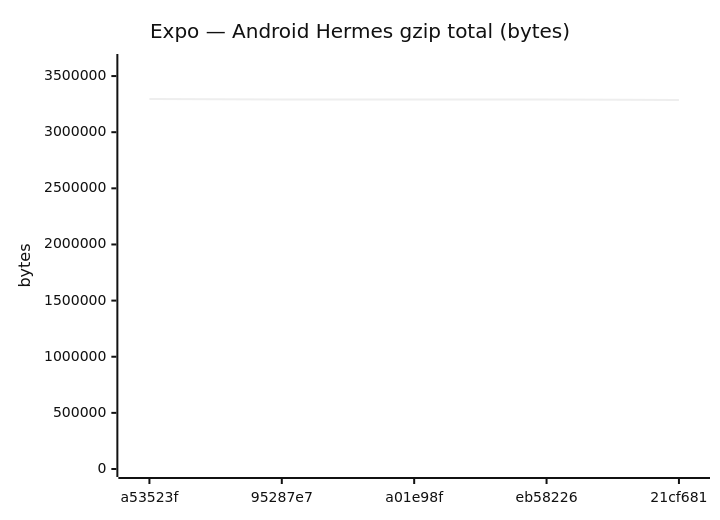
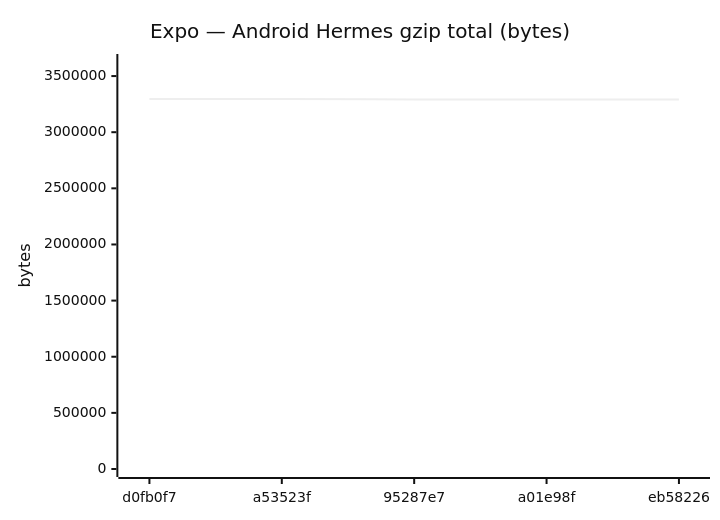
Diagram 11 of 18 in benchmarks/compare.md (Metaheurist/Rianell), drawn with Mermaid (neutral theme) before and after one commit. The commit also changed other lines of this file and 11 other files, not shown here.

````diff
--- a/benchmarks/compare.md
+++ b/benchmarks/compare.md
@@ -172,7 +172,7 @@
 ```mermaid
 xychart-beta
     title "Expo — Android Hermes gzip total (bytes)"
-    x-axis ["a53523f", "95287e7", "a01e98f", "eb58226", "21cf681"]
-    y-axis "bytes" 0 --> 3625333
-    line [3295757, 3291461, 3291455, 3291464, 3287427]
+    x-axis ["d0fb0f7", "a53523f", "95287e7", "a01e98f", "eb58226"]
+    y-axis "bytes" 0 --> 3625334
+    line [3295758, 3295757, 3291461, 3291455, 3291464]
 ```
````
